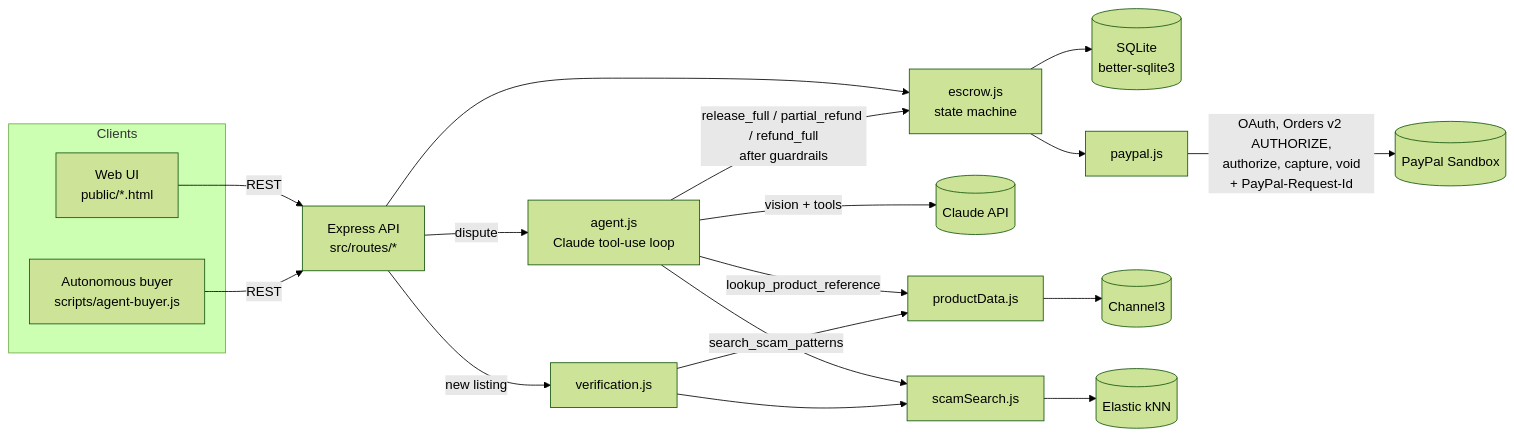
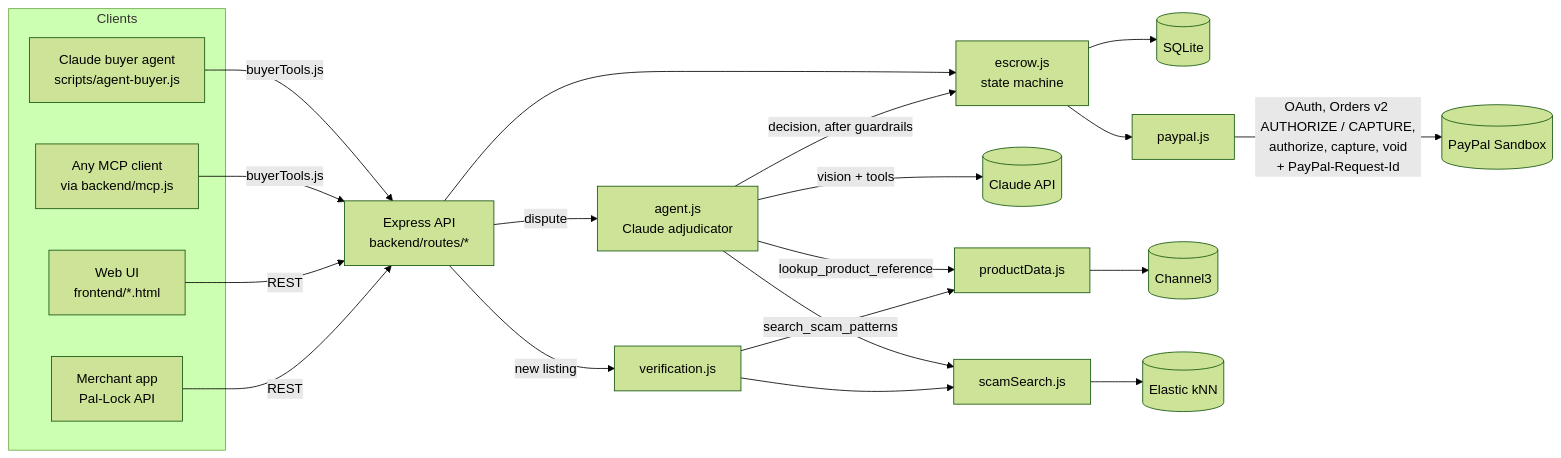
One commit to rufoabrahamguyo/paypal changed the diagram in README.md. Above: the diagram before and after it, drawn with Mermaid (forest theme). The commit also changed other lines of this file and 98 other files, not shown here.

````diff
--- a/README.md
+++ b/README.md
@@ -103,18 +169,21 @@
 ```mermaid
 flowchart LR
   subgraph Clients
-    UI[Web UI<br/>public/*.html]
-    AB[Autonomous buyer<br/>scripts/agent-buyer.js]
+    UI[Web UI<br/>frontend/*.html]
+    BA[Claude buyer agent<br/>scripts/agent-buyer.js]
+    MCP[Any MCP client<br/>via backend/mcp.js]
+    APP[Merchant app<br/>Pal-Lock API]
   end
-  UI & AB -->|REST| API[Express API<br/>src/routes/*]
+  BA & MCP -->|buyerTools.js| API
+  UI & APP -->|REST| API[Express API<br/>backend/routes/*]
   API --> ESC[escrow.js<br/>state machine]
-  ESC --> DB[(SQLite<br/>better-sqlite3)]
+  ESC --> DB[(SQLite)]
   ESC --> PP[paypal.js]
-  PP -->|OAuth, Orders v2 AUTHORIZE,<br/>authorize, capture, void<br/>+ PayPal-Request-Id| PAYPAL[(PayPal Sandbox)]
-  API -->|dispute| AG[agent.js<br/>Claude tool-use loop]
+  PP -->|OAuth, Orders v2 AUTHORIZE / CAPTURE,<br/>authorize, capture, void<br/>+ PayPal-Request-Id| PAYPAL[(PayPal Sandbox)]
+  API -->|dispute| AG[agent.js<br/>Claude adjudicator]
   AG -->|vision + tools| CLAUDE[(Claude API)]
   AG -->|lookup_product_reference| PD[productData.js] --> C3[(Channel3)]
   AG -->|search_scam_patterns| SS[scamSearch.js] --> ES[(Elastic kNN)]
-  AG -->|release_full / partial_refund / refund_full<br/>after guardrails| ESC
+  AG -->|decision, after guardrails| ESC
   API -->|new listing| VER[verification.js] --> PD & SS
 ```
````
